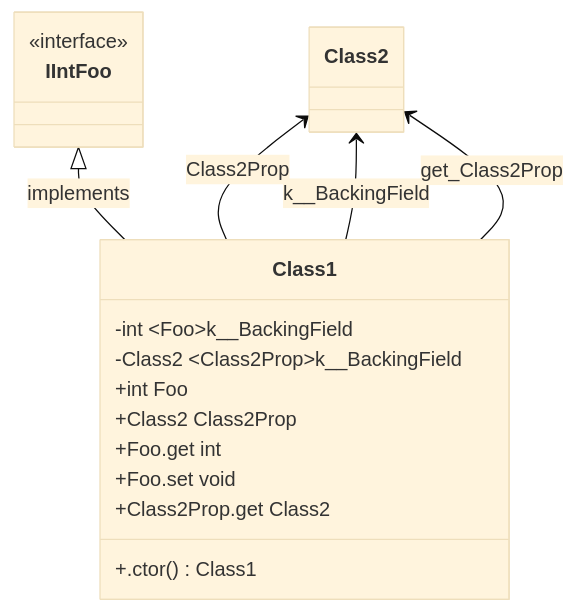
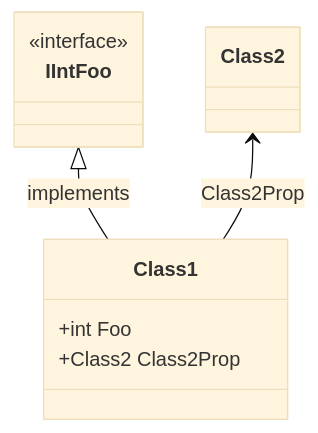
Before and after one commit to erichiller/gh-action-cs-metrics: the first of 7 diagrams in test/SampleProject/CODE_METRICS.md, drawn with Mermaid (base theme). The commit also changed other lines of this file and 1 other file, not shown here.

Commit message:
Use GetMembers(), filter where applicable

````diff
--- a/test/SampleProject/CODE_METRICS.md
+++ b/test/SampleProject/CODE_METRICS.md
@@ -199,33 +199,19 @@
 ```mermaid
 %%{init: {
     'fontFamily': 'monospace'
 } }%%
 classDiagram
 SomeRoot_SampleProject_IIntFoo <|-- SomeRoot_SampleProject_Class1 : implements
 class SomeRoot_SampleProject_IIntFoo ["IIntFoo"] {
     <<interface>>
 }
 SomeRoot_SampleProject_Class2 <-- SomeRoot_SampleProject_Class1 : Class2Prop
 class SomeRoot_SampleProject_Class2 ["Class2"] {
     
 }
-SomeRoot_SampleProject_Class2 <-- SomeRoot_SampleProject_Class1 : <Class2Prop>k__BackingField
-class SomeRoot_SampleProject_Class2 ["Class2"] {
-    
-}
-SomeRoot_SampleProject_Class2 <-- SomeRoot_SampleProject_Class1 : get_Class2Prop
-class SomeRoot_SampleProject_Class2 ["Class2"] {
-    
-}
 class SomeRoot_SampleProject_Class1 ["Class1"] {
-    -int &lt;Foo&gt;k__BackingField
-    -Class2 &lt;Class2Prop&gt;k__BackingField
     +int Foo
     +Class2 Class2Prop
-    +Foo.get int
-    +Foo.set void
-    +Class2Prop.get Class2
-    +.ctor() Class1
 }
 
 ```
````
